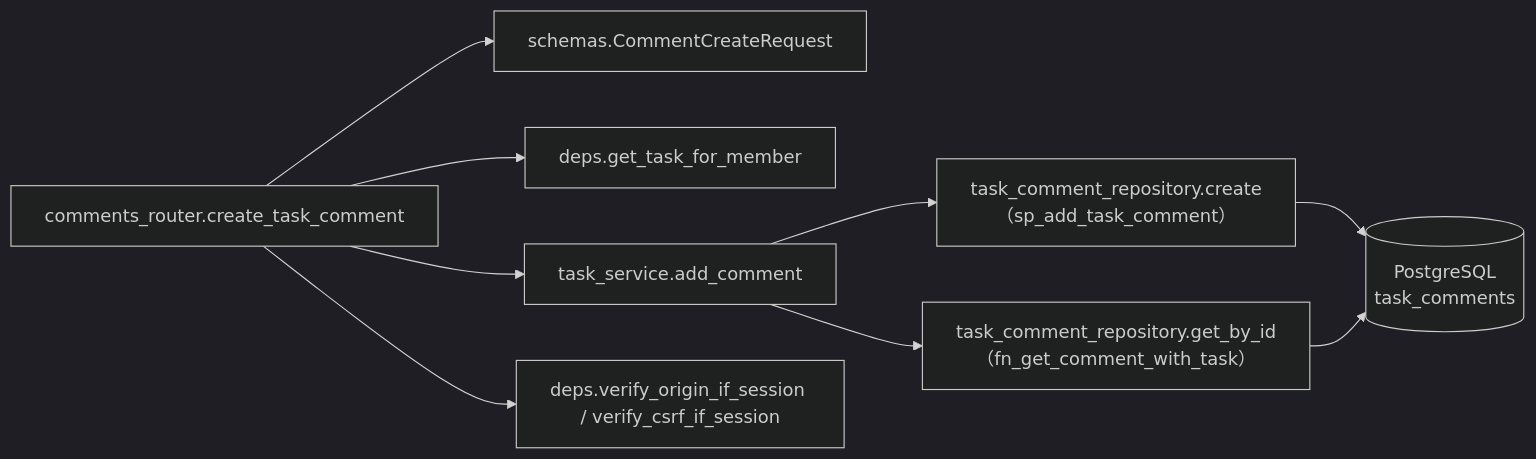
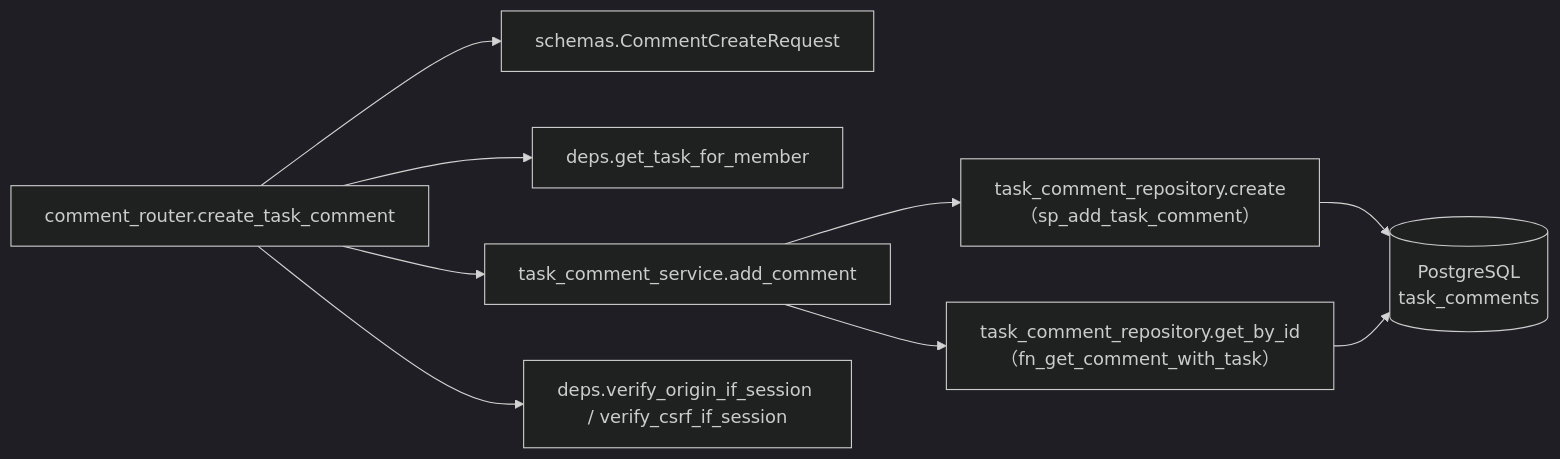
The third of 4 diagrams in docs/detailed_design/api/tasks/07_post_task_comments.md (oikawa-d/task_management), drawn with Mermaid (dark theme) before and after one commit. The commit also changed other lines of this file and 8 other files, not shown here.

````diff
--- a/docs/detailed_design/api/tasks/07_post_task_comments.md
+++ b/docs/detailed_design/api/tasks/07_post_task_comments.md
@@ -200,11 +207,11 @@
 ```mermaid
 flowchart LR
-    R["comments_router.create_task_comment"] --> Sch["schemas.CommentCreateRequest"]
+    R["comment_router.create_task_comment"] --> Sch["schemas.CommentCreateRequest"]
     R --> D["deps.get_task_for_member"]
-    R --> S["task_service.add_comment"]
+    R --> S["task_comment_service.add_comment"]
     S --> TR["task_comment_repository.create<br/>（sp_add_task_comment）"]
     S --> GET["task_comment_repository.get_by_id<br/>（fn_get_comment_with_task）"]
     TR --> DB[("PostgreSQL<br/>task_comments")]
     GET --> DB
     R --> V["deps.verify_origin_if_session / verify_csrf_if_session"]
 ```
````
